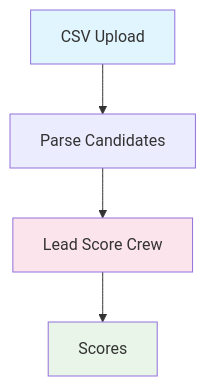
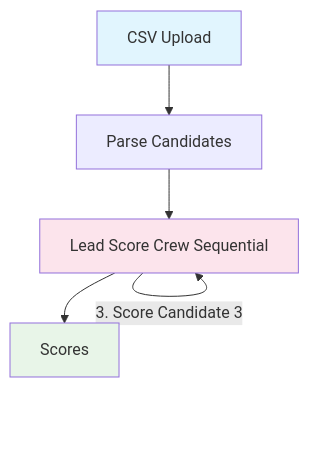
Before and after one commit to learnwithparam/monkey-kata: the second of 5 diagrams in api/demos/lead_scoring/README.md, drawn with Mermaid. The commit also changed other lines of this file and 4 other files, not shown here.

````diff
--- a/api/demos/lead_scoring/README.md
+++ b/api/demos/lead_scoring/README.md
@@ -60,9 +61,13 @@
   ```mermaid
   graph TD
-      A["CSV Upload"] --> B["Parse Candidates"]
-      B --> C["Lead Score Crew"]
-      C --> D["Scores"]
+      A[CSV Upload] --> B[Parse Candidates]
+      B --> C[Lead Score Crew Sequential]
+      C -->|1. Score Candidate 1| C
+      C -->|2. Score Candidate 2| C
+      C -->|3. Score Candidate 3| C
+      C --> D[Scores]
+      
       style A fill:#e1f5fe
       style C fill:#fce4ec
       style D fill:#e8f5e8
   ```
````
